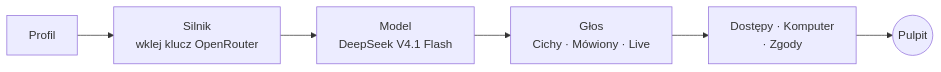
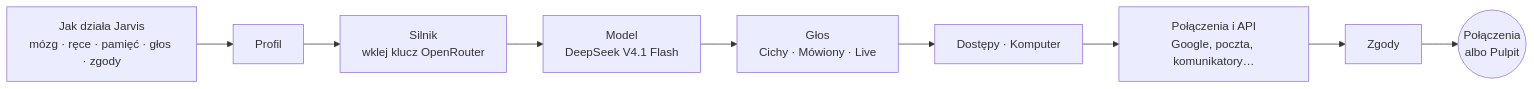
One commit to aievolutionpl/ai-evolution-jarvis changed the first of 13 diagrams in README.md. Above: the diagram before and after it, drawn with Mermaid. The commit also changed other lines of this file and 30 other files, not shown here.

````diff
--- a/README.md
+++ b/README.md
@@ -98,8 +109,11 @@
 ```mermaid
 flowchart LR
-    P["Profil"] --> S["Silnik<br/>wklej klucz OpenRouter"]
+    W["Jak działa Jarvis<br/>mózg · ręce · pamięć · głos · zgody"] --> P["Profil"]
+    P --> S["Silnik<br/>wklej klucz OpenRouter"]
     S --> M["Model<br/>DeepSeek V4.1 Flash"]
     M --> G["Głos<br/>Cichy · Mówiony · Live"]
-    G --> Z["Dostępy · Komputer<br/>· Zgody"]
-    Z --> J(("Pulpit"))
+    G --> D["Dostępy · Komputer"]
+    D --> C["Połączenia i API<br/>Google, poczta, komunikatory…"]
+    C --> Z["Zgody"]
+    Z --> J(("Połączenia<br/>albo Pulpit"))
 ```
````
